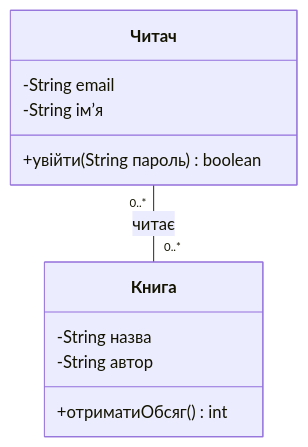
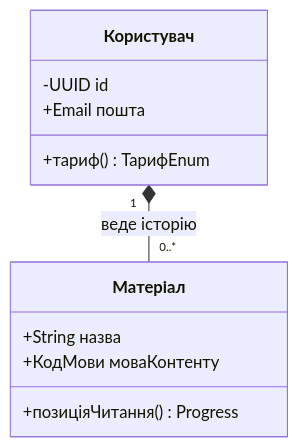
One commit to vt232kod-debug/software-modeling changed the diagram in lab01_usecase/test_two_classes.mmd. Above: the diagram before and after it, drawn with Mermaid. The commit also changed 77 other files, not shown here.

```diff
--- a/lab01_usecase/test_two_classes.mmd
+++ b/lab01_usecase/test_two_classes.mmd
@@ -1,15 +1,15 @@
 %% Тестова діаграма для перевірки налаштування середовища Mermaid
 %% Лабораторна робота №1. Камінський Олексій Дмитрович, група ВТ-23-2
 %% Ті самі два класи й те саме відношення, що й у test_two_classes.puml
 classDiagram
-    class Читач {
-        -String email
-        -String імʼя
-        +увійти(String пароль) boolean
+    class Користувач {
+        -UUID id
+        +Email пошта
+        +тариф() ТарифEnum
     }
-    class Книга {
-        -String назва
-        -String автор
-        +отриматиОбсяг() int
+    class Матеріал {
+        +String назва
+        +КодМови моваКонтенту
+        +позиціяЧитання() Progress
     }
-    Читач "0..*" -- "0..*" Книга : читає
+    Користувач "1" *-- "0..*" Матеріал : веде історію
```
